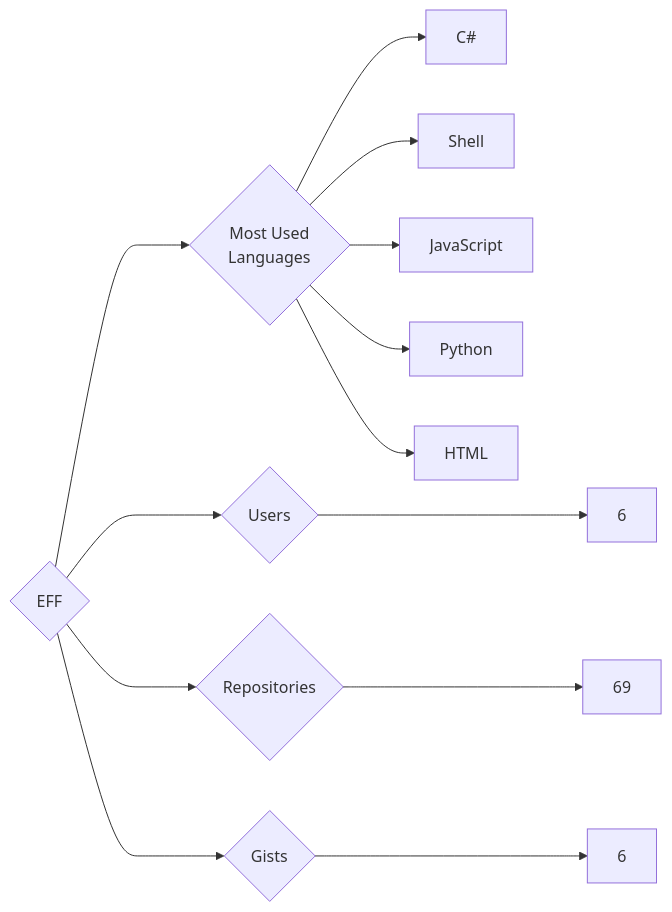
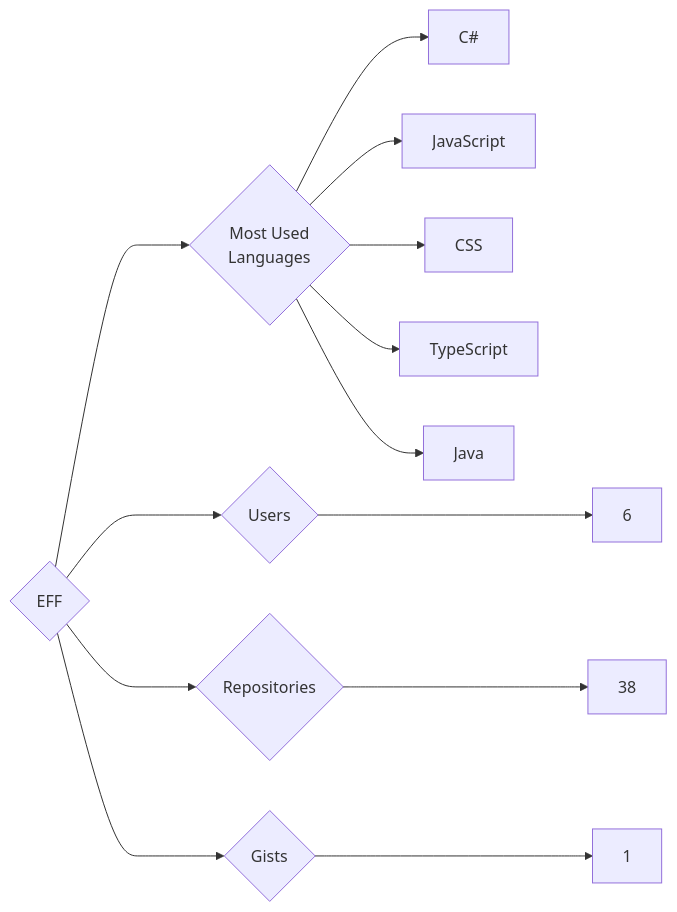
Before and after one commit to trickest/insiders: the diagram in targets/EFF/README.md, drawn with Mermaid. The commit also changed 782 other files, not shown here.

````diff
--- a/targets/EFF/README.md
+++ b/targets/EFF/README.md
@@ -3,13 +3,13 @@
 ```mermaid
 graph LR
 COMPANY_NAME{EFF}
 COMPANY_NAME ---> U{Users} ---> UN[6]
-COMPANY_NAME ---> R{Repositories} ---> RN[69]
-COMPANY_NAME ---> G{Gists} ---> GN[6]
+COMPANY_NAME ---> R{Repositories} ---> RN[38]
+COMPANY_NAME ---> G{Gists} ---> GN[1]
 COMPANY_NAME ---> ML{Most Used<br>Languages}
 ML --> C#[C#]
-ML --> Shell[Shell]
 ML --> JavaScript[JavaScript]
-ML --> Python[Python]
-ML --> HTML[HTML]
+ML --> CSS[CSS]
+ML --> TypeScript[TypeScript]
+ML --> Java[Java]
 ```
````
